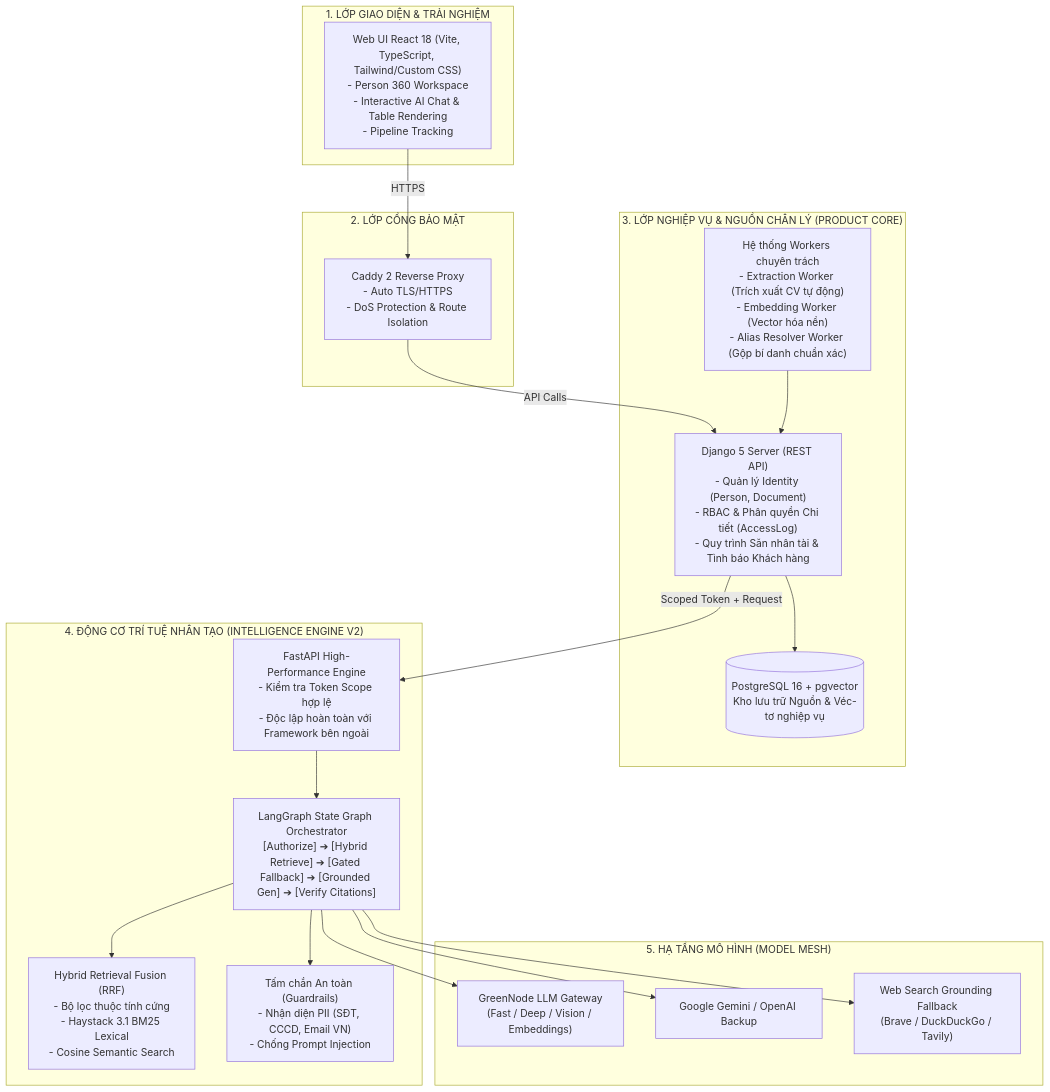
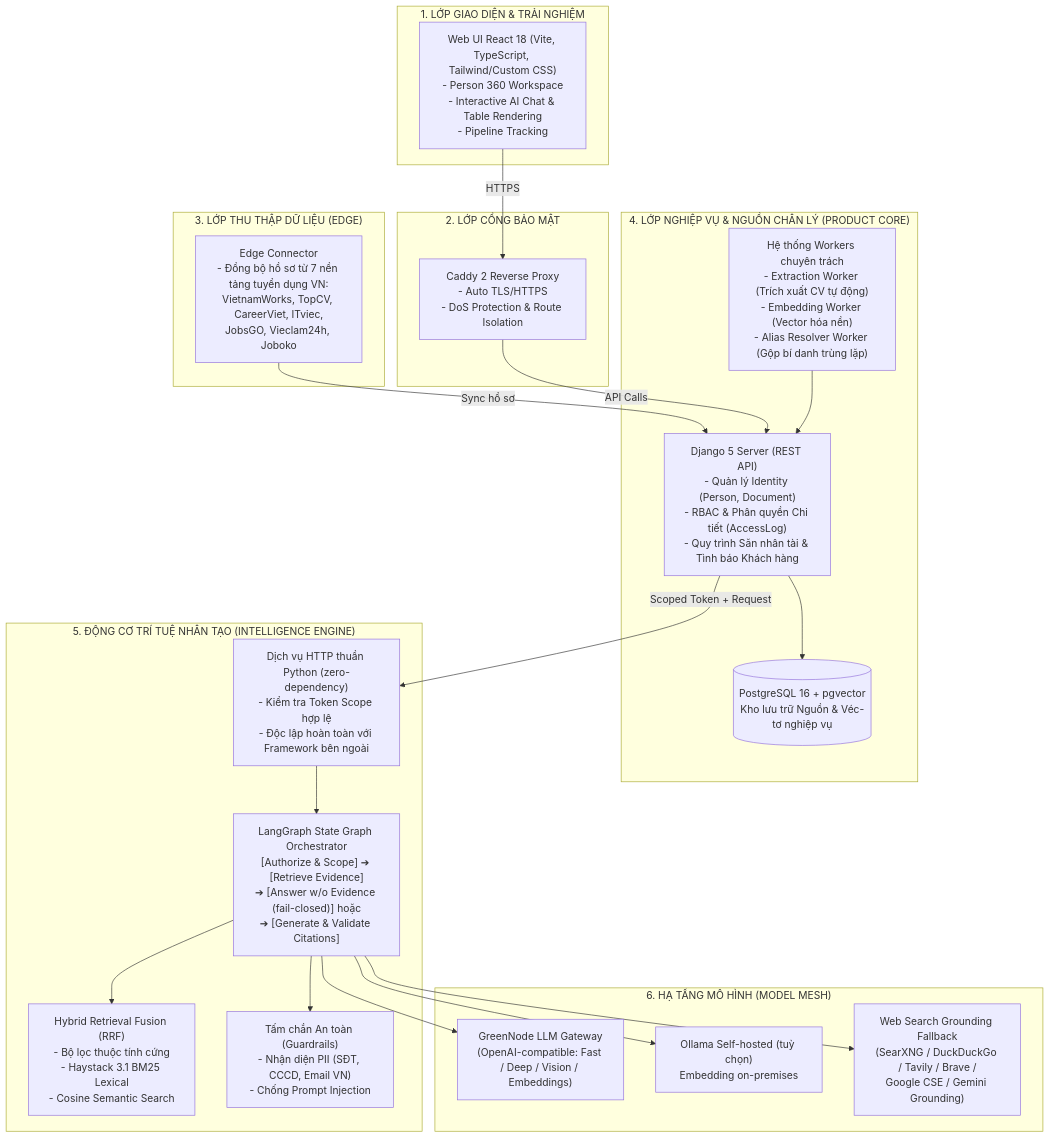
Before and after one commit to peopleflowvn/MSB-Radar-Intelligence: the first of 2 diagrams in README.md, drawn with Mermaid. The commit also changed other lines of this file and 1 other file, not shown here.

````diff
--- a/README.md
+++ b/README.md
@@ -102,41 +105,46 @@
 ```mermaid
 flowchart TB
     subgraph UI_Layer["1. LỚP GIAO DIỆN & TRẢI NGHIỆM"]
         Web["Web UI React 18 (Vite, TypeScript, Tailwind/Custom CSS)\n- Person 360 Workspace\n- Interactive AI Chat & Table Rendering\n- Pipeline Tracking"]
     end
 
     subgraph Gateway_Layer["2. LỚP CỔNG BẢO MẬT"]
         Caddy["Caddy 2 Reverse Proxy\n- Auto TLS/HTTPS\n- DoS Protection & Route Isolation"]
     end
 
-    subgraph Core_Layer["3. LỚP NGHIỆP VỤ & NGUỒN CHÂN LÝ (PRODUCT CORE)"]
+    subgraph Data_Layer["3. LỚP THU THẬP DỮ LIỆU (EDGE)"]
+        Edge["Edge Connector\n- Đồng bộ hồ sơ từ 7 nền tảng tuyển dụng VN:\nVietnamWorks, TopCV, CareerViet, ITviec,\nJobsGO, Vieclam24h, Joboko"]
+    end
+
+    subgraph Core_Layer["4. LỚP NGHIỆP VỤ & NGUỒN CHÂN LÝ (PRODUCT CORE)"]
         Hub["Django 5 Server (REST API)\n- Quản lý Identity (Person, Document)\n- RBAC & Phân quyền Chi tiết (AccessLog)\n- Quy trình Săn nhân tài & Tình báo Khách hàng"]
-        Workers["Hệ thống Workers chuyên trách\n- Extraction Worker (Trích xuất CV tự động)\n- Embedding Worker (Vector hóa nền)\n- Alias Resolver Worker (Gộp bí danh chuẩn xác)"]
+        Workers["Hệ thống Workers chuyên trách\n- Extraction Worker (Trích xuất CV tự động)\n- Embedding Worker (Vector hóa nền)\n- Alias Resolver Worker (Gộp bí danh trùng lặp)"]
         DB[(PostgreSQL 16 + pgvector\nKho lưu trữ Nguồn & Véc-tơ nghiệp vụ)]
     end
 
-    subgraph Intel_Layer["4. ĐỘNG CƠ TRÍ TUỆ NHÂN TẠO (INTELLIGENCE ENGINE V2)"]
-        IntelAPI["FastAPI High-Performance Engine\n- Kiểm tra Token Scope hợp lệ\n- Độc lập hoàn toàn với Framework bên ngoài"]
-        LangGraph["LangGraph State Graph Orchestrator\n[Authorize] ➔ [Hybrid Retrieve] ➔ [Gated Fallback] ➔ [Grounded Gen] ➔ [Verify Citations]"]
+    subgraph Intel_Layer["5. ĐỘNG CƠ TRÍ TUỆ NHÂN TẠO (INTELLIGENCE ENGINE)"]
+        IntelAPI["Dịch vụ HTTP thuần Python (zero-dependency)\n- Kiểm tra Token Scope hợp lệ\n- Độc lập hoàn toàn với Framework bên ngoài"]
+        LangGraph["LangGraph State Graph Orchestrator\n[Authorize & Scope] ➔ [Retrieve Evidence]\n➔ [Answer w/o Evidence (fail-closed)] hoặc\n➔ [Generate & Validate Citations]"]
         Retriever["Hybrid Retrieval Fusion (RRF)\n- Bộ lọc thuộc tính cứng\n- Haystack 3.1 BM25 Lexical\n- Cosine Semantic Search"]
         Guard["Tấm chắn An toàn (Guardrails)\n- Nhận diện PII (SĐT, CCCD, Email VN)\n- Chống Prompt Injection"]
     end
 
-    subgraph Provider_Layer["5. HẠ TẦNG MÔ HÌNH (MODEL MESH)"]
-        GreenNode["GreenNode LLM Gateway\n(Fast / Deep / Vision / Embeddings)"]
-        Gemini["Google Gemini / OpenAI Backup"]
-        WebGround["Web Search Grounding Fallback\n(Brave / DuckDuckGo / Tavily)"]
+    subgraph Provider_Layer["6. HẠ TẦNG MÔ HÌNH (MODEL MESH)"]
+        GreenNode["GreenNode LLM Gateway\n(OpenAI-compatible: Fast / Deep / Vision / Embeddings)"]
+        Ollama["Ollama Self-hosted (tuỳ chọn)\nEmbedding on-premises"]
+        WebGround["Web Search Grounding Fallback\n(SearXNG / DuckDuckGo / Tavily / Brave /\nGoogle CSE / Gemini Grounding)"]
     end
 
+    Edge -->|Sync hồ sơ| Hub
     Web -->|HTTPS| Caddy
     Caddy -->|API Calls| Hub
     Hub --> DB
     Workers --> Hub
     Hub -->|Scoped Token + Request| IntelAPI
     IntelAPI --> LangGraph
     LangGraph --> Retriever
     LangGraph --> Guard
     LangGraph --> GreenNode
-    LangGraph --> Gemini
+    LangGraph --> Ollama
     LangGraph --> WebGround
 ```
````
